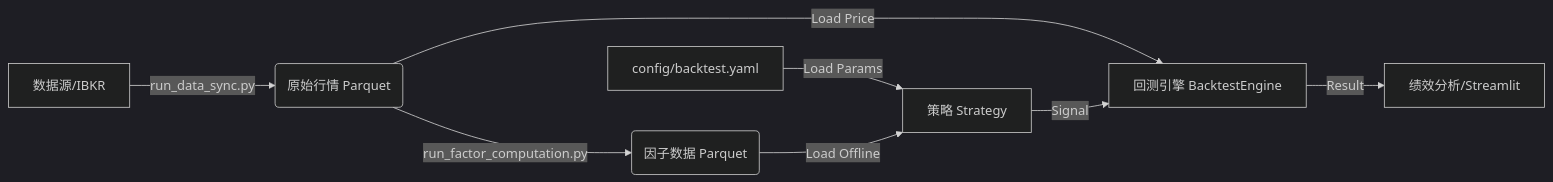
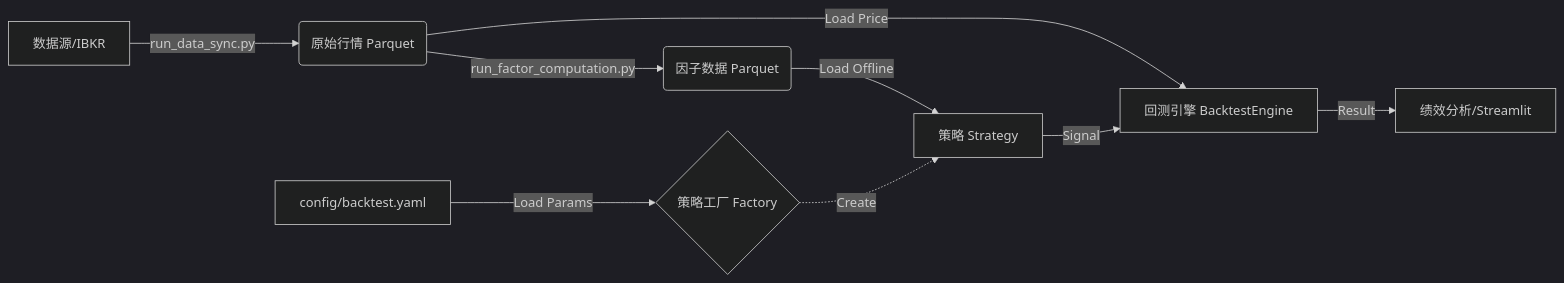
The first of 2 diagrams in README.md (ericwang0321/Multi-Factor-Backtester), drawn with Mermaid (dark theme) before and after one commit. The commit also changed other lines of this file, not shown here.

````diff
--- a/README.md
+++ b/README.md
@@ -36,11 +37,12 @@
 ```mermaid
 graph LR
     A[数据源/IBKR] -->|run_data_sync.py| B(原始行情 Parquet)
     B -->|run_factor_computation.py| C(因子数据 Parquet)
-    Config[config/backtest.yaml] -->|Load Params| D[策略 Strategy]
-    C -->|Load Offline| D
+    Config[config/backtest.yaml] -->|Load Params| F{策略工厂 Factory}
+    C -->|Load Offline| D[策略 Strategy]
+    F -.->|Create| D
     B -->|Load Price| E[回测引擎 BacktestEngine]
     D -->|Signal| E
-    E -->|Result| F[绩效分析/Streamlit]
+    E -->|Result| F_Res[绩效分析/Streamlit]
 
 ```
````
